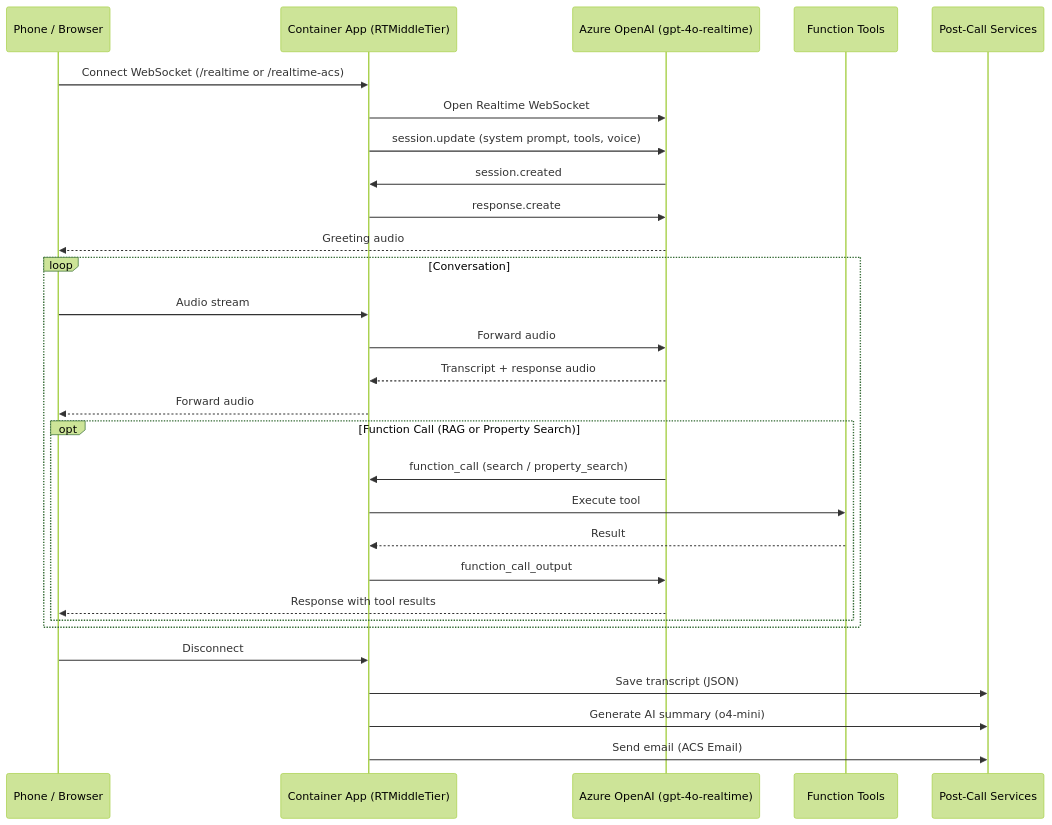
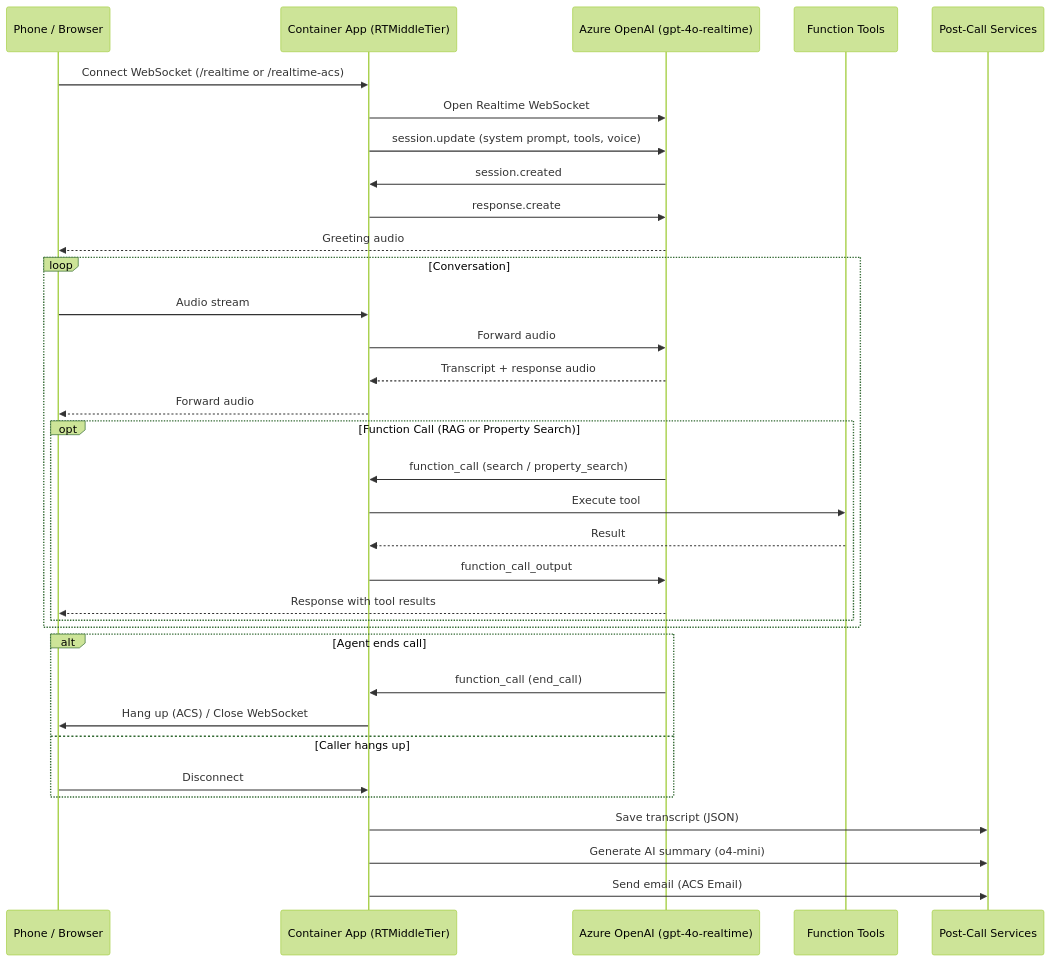
Before and after one commit to kylelee24/customer-support-agent: the second of 3 diagrams in docs/ARCHITECTURE.md, drawn with Mermaid (forest theme). The commit also changed other lines of this file and 1 other file, not shown here.

Commit message:
docs: add end_call tool to features and architecture docs

````diff
--- a/docs/ARCHITECTURE.md
+++ b/docs/ARCHITECTURE.md
@@ -63,35 +63,41 @@
 ```mermaid
 sequenceDiagram
     participant Caller as Phone / Browser
     participant App as Container App (RTMiddleTier)
     participant OAI as Azure OpenAI (gpt-4o-realtime)
     participant Tools as Function Tools
     participant Post as Post-Call Services
 
     Caller->>App: Connect WebSocket (/realtime or /realtime-acs)
     App->>OAI: Open Realtime WebSocket
     App->>OAI: session.update (system prompt, tools, voice)
     OAI->>App: session.created
     App->>OAI: response.create
     OAI-->>Caller: Greeting audio
 
     loop Conversation
         Caller->>App: Audio stream
         App->>OAI: Forward audio
         OAI-->>App: Transcript + response audio
         App-->>Caller: Forward audio
 
         opt Function Call (RAG or Property Search)
             OAI->>App: function_call (search / property_search)
             App->>Tools: Execute tool
             Tools-->>App: Result
             App->>OAI: function_call_output
             OAI-->>Caller: Response with tool results
         end
     end
 
-    Caller->>App: Disconnect
+    alt Agent ends call
+        OAI->>App: function_call (end_call)
+        App->>Caller: Hang up (ACS) / Close WebSocket
+    else Caller hangs up
+        Caller->>App: Disconnect
+    end
+
     App->>Post: Save transcript (JSON)
     App->>Post: Generate AI summary (o4-mini)
     App->>Post: Send email (ACS Email)
 ```
````
